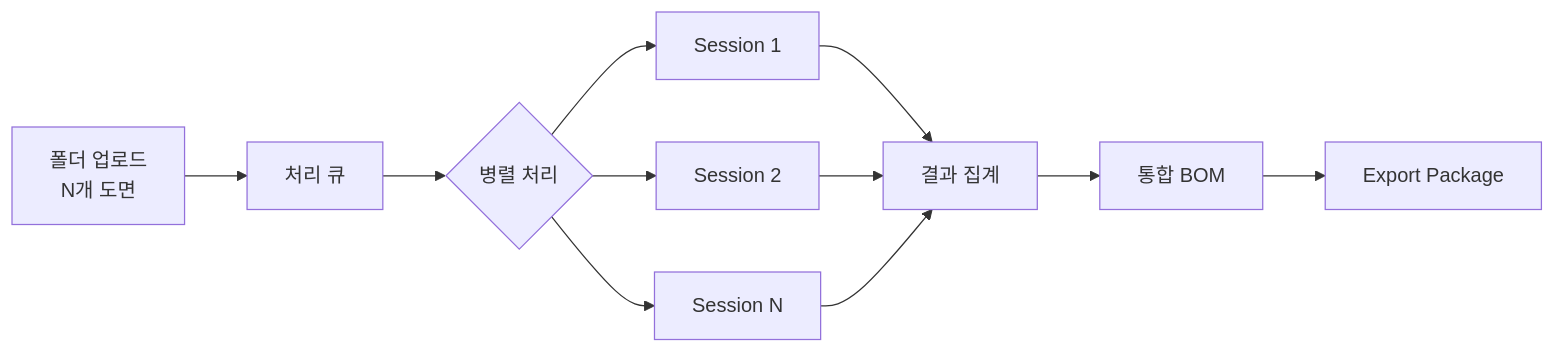
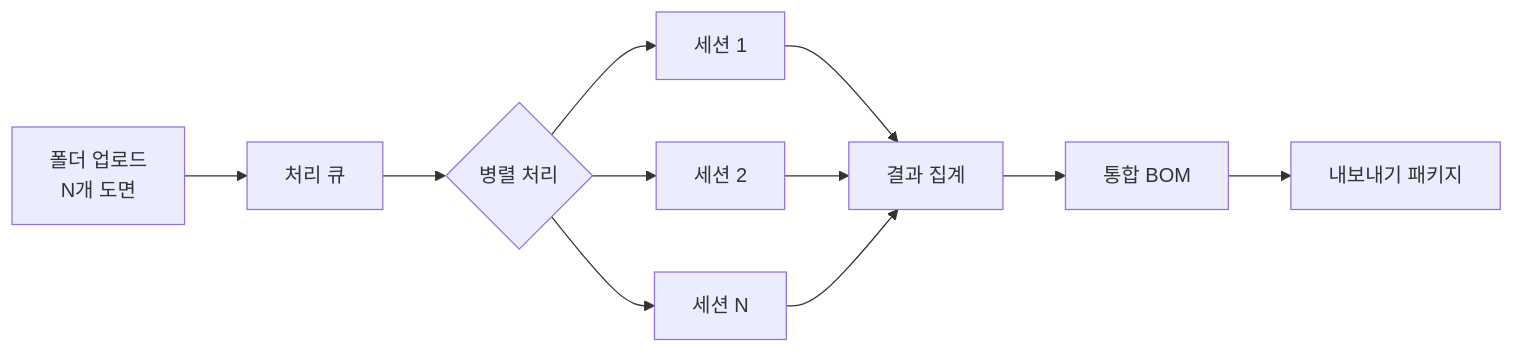
The first of 2 diagrams in docs-site/docs/batch-delivery/index.md (uprootai/AX_OCR), drawn with Mermaid before and after one commit. The commit also changed other lines of this file and 64 other files, not shown here.

````diff
--- a/docs-site/docs/batch-delivery/index.md
+++ b/docs-site/docs/batch-delivery/index.md
@@ -13,13 +13,13 @@
 ```mermaid
 flowchart LR
     UPLOAD["폴더 업로드\nN개 도면"] --> QUEUE["처리 큐"]
     QUEUE --> PAR{"병렬 처리"}
-    PAR --> S1["Session 1"]
-    PAR --> S2["Session 2"]
-    PAR --> SN["Session N"]
+    PAR --> S1["세션 1"]
+    PAR --> S2["세션 2"]
+    PAR --> SN["세션 N"]
     S1 --> AGG["결과 집계"]
     S2 --> AGG
     SN --> AGG
     AGG --> BOM["통합 BOM"]
-    BOM --> EXPORT["Export Package"]
+    BOM --> EXPORT["내보내기 패키지"]
 ```
````
